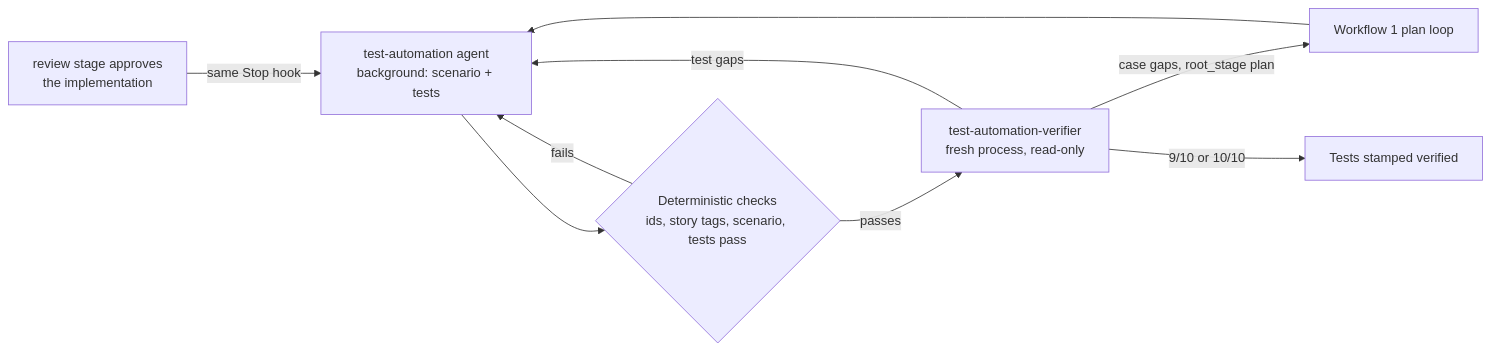
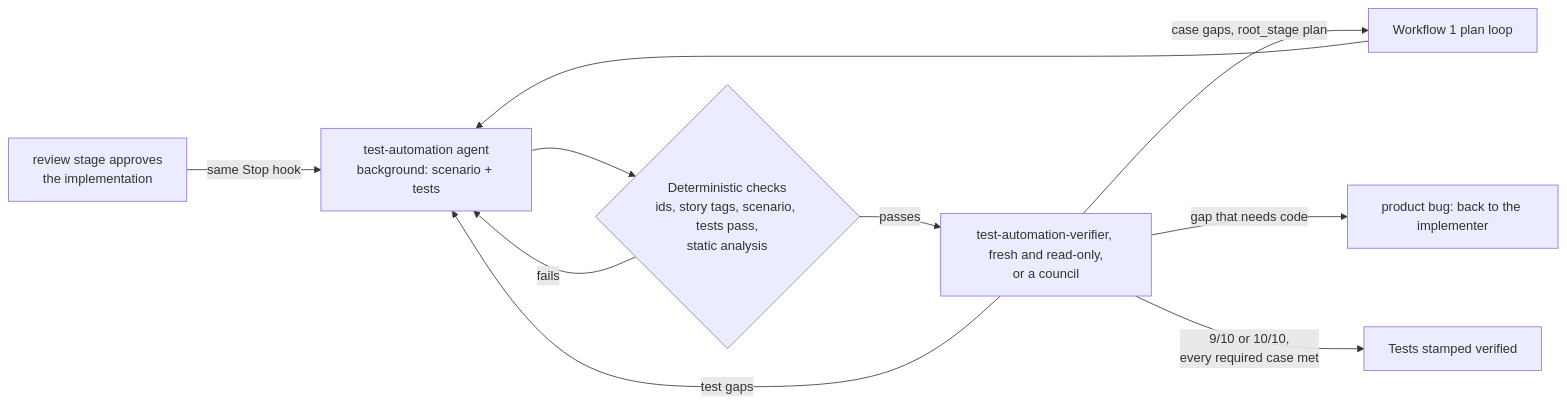
The second of 2 diagrams in docs/ai-pipeline/feature-verification.md (armandodollia-slalom/ai-app-factory-public), drawn with Mermaid before and after one commit. The commit also changed other lines of this file and 157 other files, not shown here.

````diff
--- a/docs/ai-pipeline/feature-verification.md
+++ b/docs/ai-pipeline/feature-verification.md
@@ -27,11 +28,12 @@
 ```mermaid
 flowchart LR
-  R[review stage approves<br/>the implementation] -->|same Stop hook| A[test-automation agent<br/>background: scenario + tests]
-  A --> T{Deterministic checks<br/>ids, story tags, scenario, tests pass}
-  T -->|fails| A
-  T -->|passes| V[test-automation-verifier<br/>fresh process, read-only]
-  V -->|test gaps| A
-  V -->|case gaps, root_stage plan| P[Workflow 1 plan loop]
+  R["review stage approves<br/>the implementation"] -->|"same Stop hook"| A["test-automation agent<br/>background: scenario + tests"]
+  A --> T{"Deterministic checks<br/>ids, story tags, scenario, tests pass,<br/>static analysis"}
+  T -->|"fails"| A
+  T -->|"passes"| V["test-automation-verifier, fresh and read-only,<br/>or a council"]
+  V -->|"test gaps"| A
+  V -->|"case gaps, root_stage plan"| P["Workflow 1 plan loop"]
   P --> A
-  V -->|9/10 or 10/10| OK[Tests stamped verified]
+  V -->|"gap that needs code"| PB["product bug: back to the implementer"]
+  V -->|"9/10 or 10/10,<br/>every required case met"| OK["Tests stamped verified"]
 ```
````
